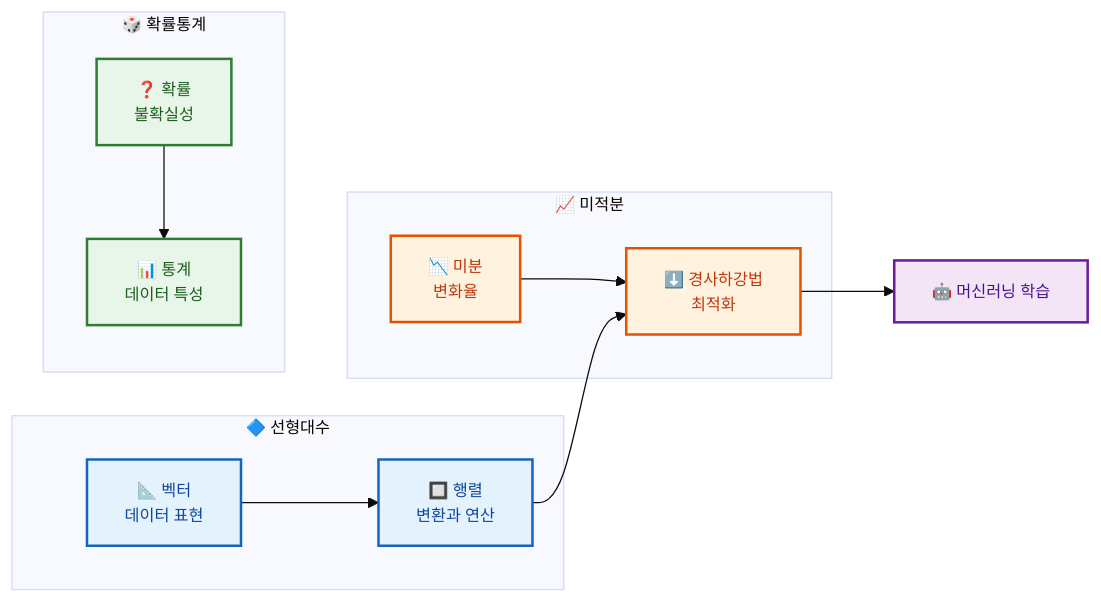
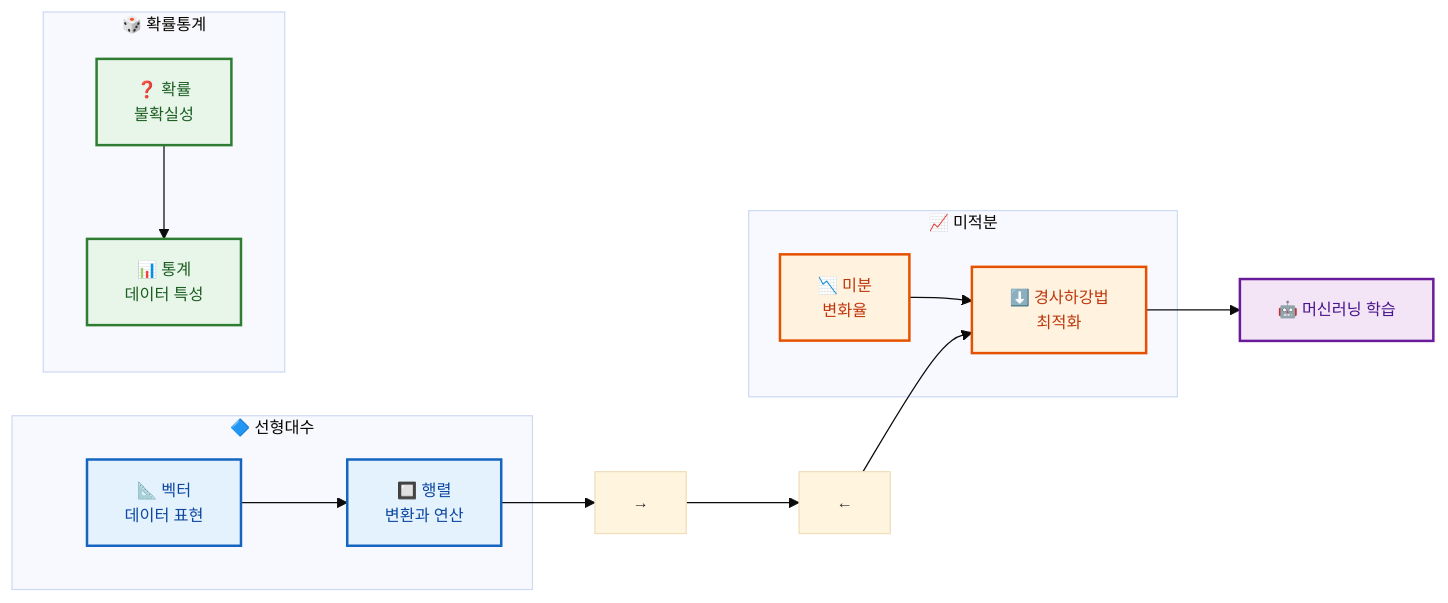
One commit to jingu279/Document changed the fifth of 19 diagrams in ai-programming/README.md. Above: the diagram before and after it, drawn with Mermaid. The commit also changed other lines of this file and 5 other files, not shown here.

First line of the commit message:
Fix all cross-subgraph Mermaid connections + reserved keywords

````diff
--- a/ai-programming/README.md
+++ b/ai-programming/README.md
@@ -188,31 +193,34 @@
 ```mermaid
 %%{init: {'theme': 'base', 'themeVariables': {'fontSize': '13px'}}}%%
 flowchart LR
   subgraph LA[🔷 선형대수]
     V["📐 벡터<br/>데이터 표현"]
     M["🔲 행렬<br/>변환과 연산"]
   end
+  LA_Out["→"]
+  CAL_In["←"]
   subgraph CAL[📈 미적분]
     D["📉 미분<br/>변화율"]
     GD["⬇️ 경사하강법<br/>최적화"]
   end
   subgraph STAT[🎲 확률통계]
     P["❓ 확률<br/>불확실성"]
     S["📊 통계<br/>데이터 특성"]
   end
 
-  V --> M
+  V --> M --> LA_Out
   D --> GD
-  M --> GD
+  LA_Out --> CAL_In
+  CAL_In --> GD
   P --> S
   GD --> ML["🤖 머신러닝 학습"]
 
   classDef la fill:#e3f2fd,stroke:#1565c0,stroke-width:2px,color:#0d47a1
   classDef cal fill:#fff3e0,stroke:#e65100,stroke-width:2px,color:#bf360c
   classDef stat fill:#e8f5e9,stroke:#2e7d32,stroke-width:2px,color:#1b5e20
   classDef ml fill:#f3e5f5,stroke:#6a1b9a,stroke-width:2px,color:#4a148c
   class V,M la
   class D,GD cal
   class P,S stat
   class ML ml
 ```
````
